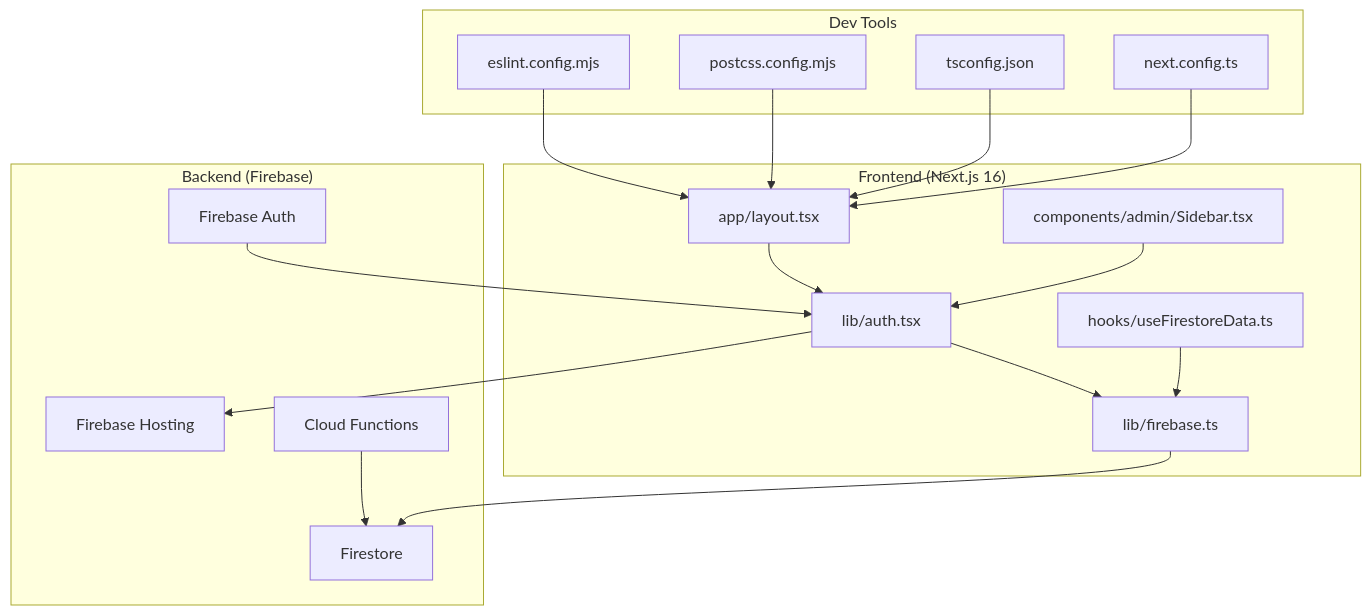
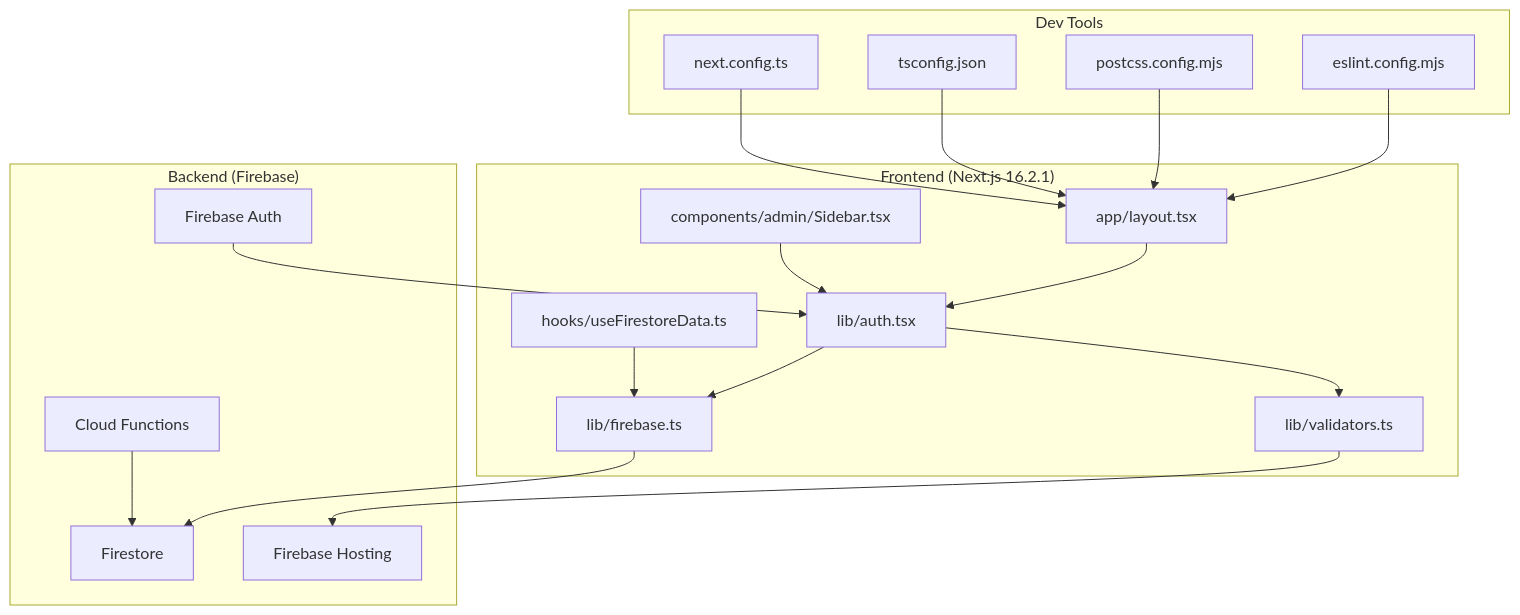
The first of 8 diagrams in .qoder/repowiki/en/content/Project Overview/Technology Stack.md (Unsure-bry/sampacoop_system), drawn with Mermaid before and after one commit. The commit also changed other lines of this file and 12 other files, not shown here.

````diff
--- a/.qoder/repowiki/en/content/Project Overview/Technology Stack.md
+++ b/.qoder/repowiki/en/content/Project Overview/Technology Stack.md
@@ -44,34 +55,36 @@
 ```mermaid
 graph TB
-subgraph "Frontend (Next.js 16)"
+subgraph "Frontend (Next.js 16.2.1)"
 LAYOUT["app/layout.tsx"]
 AUTHCTX["lib/auth.tsx"]
 FIREBASELIB["lib/firebase.ts"]
 HOOKS["hooks/useFirestoreData.ts"]
 COMPONENTS["components/admin/Sidebar.tsx"]
+VALIDATORS["lib/validators.ts"]
 end
 subgraph "Backend (Firebase)"
 FIRESTORE["Firestore"]
 AUTH["Firebase Auth"]
 HOSTING["Firebase Hosting"]
 CLOUD["Cloud Functions"]
 end
 subgraph "Dev Tools"
 ESLINT["eslint.config.mjs"]
 POSTCSS["postcss.config.mjs"]
 TS["tsconfig.json"]
 NEXTCFG["next.config.ts"]
 end
 LAYOUT --> AUTHCTX
 AUTHCTX --> FIREBASELIB
 HOOKS --> FIREBASELIB
 COMPONENTS --> AUTHCTX
-AUTHCTX --> HOSTING
+AUTHCTX --> VALIDATORS
+VALIDATORS --> HOSTING
 FIREBASELIB --> FIRESTORE
 AUTH --> AUTHCTX
 CLOUD --> FIRESTORE
 ESLINT --> LAYOUT
 POSTCSS --> LAYOUT
 TS --> LAYOUT
 NEXTCFG --> LAYOUT
 ```
````
